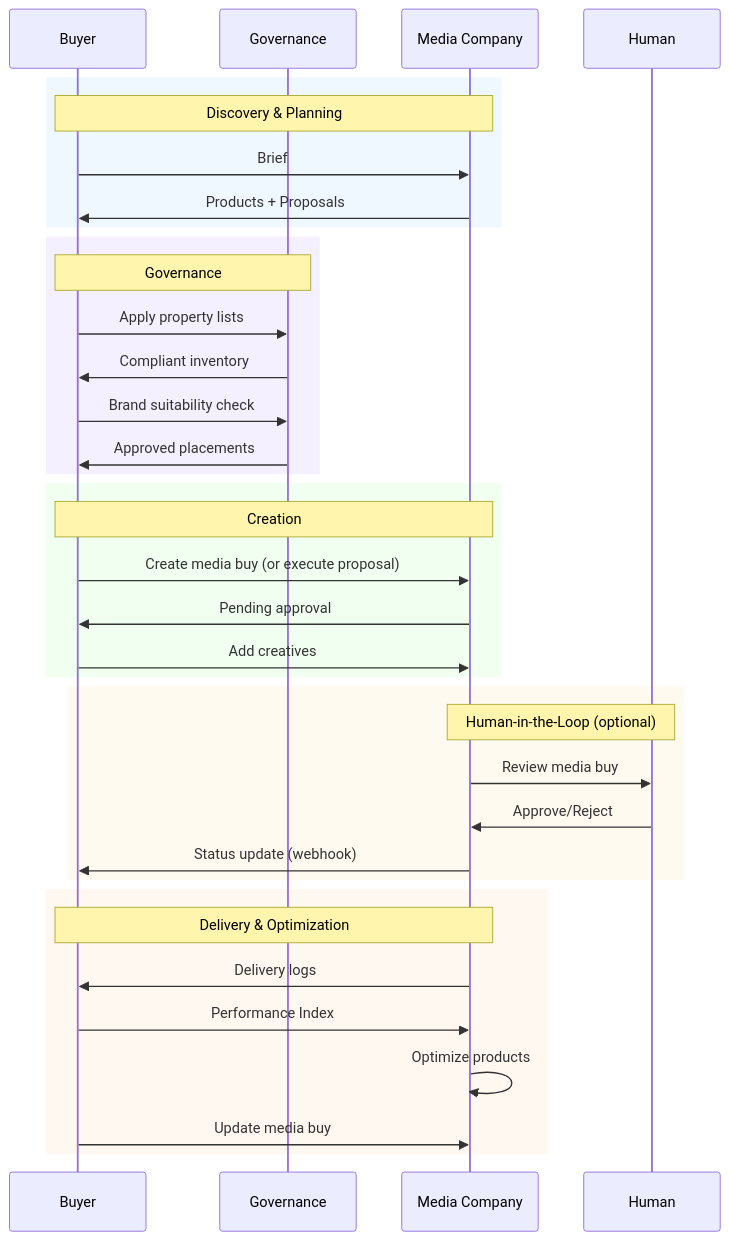
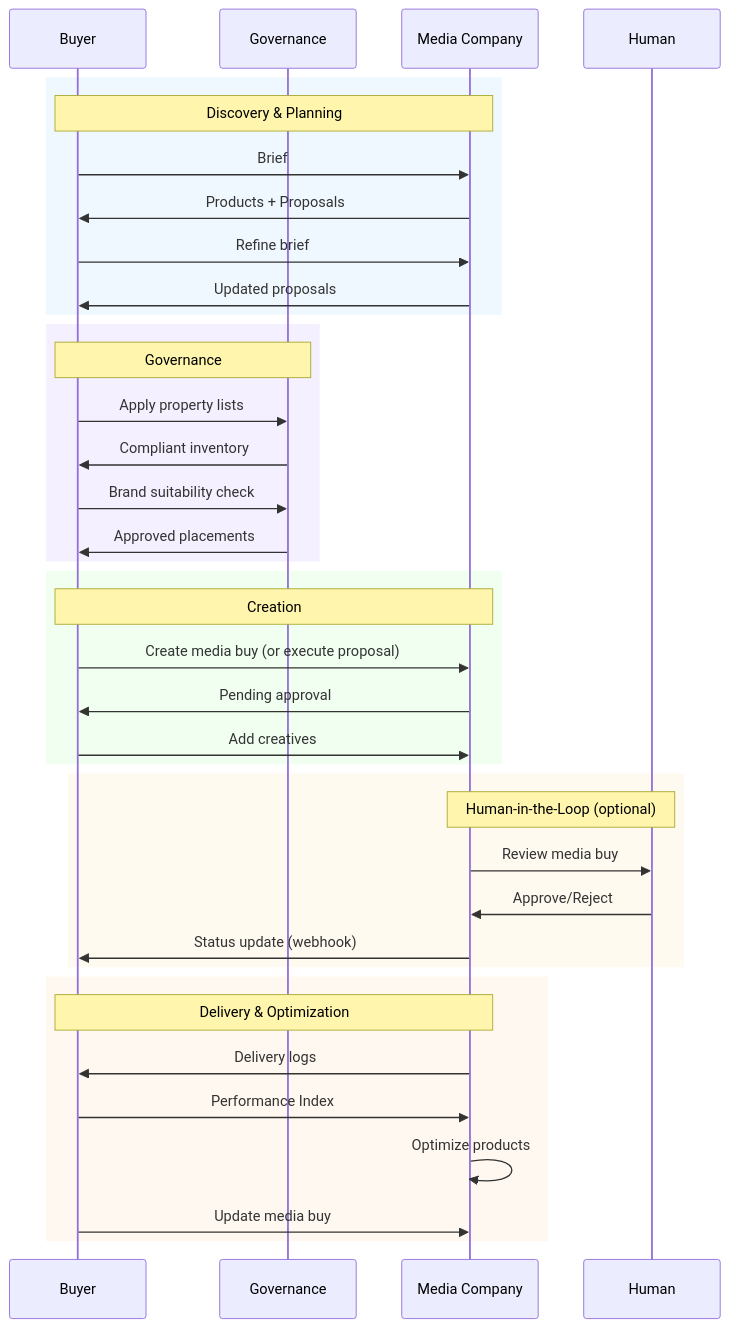
The diagram in docs/media-buy/index.mdx (adcontextprotocol/adcp), drawn with Mermaid before and after one commit.

Commit message:
fix: Restore refinement steps in media buy diagram
The refinement flow still exists via session continuity — only the
mechanism changed, not the capability.

````diff
--- a/docs/media-buy/index.mdx
+++ b/docs/media-buy/index.mdx
@@ -203,43 +203,45 @@
 ```mermaid
 sequenceDiagram
     participant P as Buyer
     participant G as Governance
     participant MC as Media Company
     participant H as Human
 
     rect rgb(240, 248, 255)
         Note over P,MC: Discovery & Planning
         P->>MC: Brief
         MC->>P: Products + Proposals
+        P->>MC: Refine brief
+        MC->>P: Updated proposals
     end
 
     rect rgb(245, 240, 255)
         Note over P,G: Governance
         P->>G: Apply property lists
         G->>P: Compliant inventory
         P->>G: Brand suitability check
         G->>P: Approved placements
     end
 
     rect rgb(240, 255, 240)
         Note over P,MC: Creation
         P->>MC: Create media buy (or execute proposal)
         MC->>P: Pending approval
         P->>MC: Add creatives
     end
 
     rect rgb(255, 250, 240)
         Note over MC,H: Human-in-the-Loop (optional)
         MC->>H: Review media buy
         H->>MC: Approve/Reject
         MC->>P: Status update (webhook)
     end
 
     rect rgb(255, 248, 240)
         Note over P,MC: Delivery & Optimization
         MC->>P: Delivery logs
         P->>MC: Performance Index
         MC->>MC: Optimize products
         P->>MC: Update media buy
     end
 ```
````
